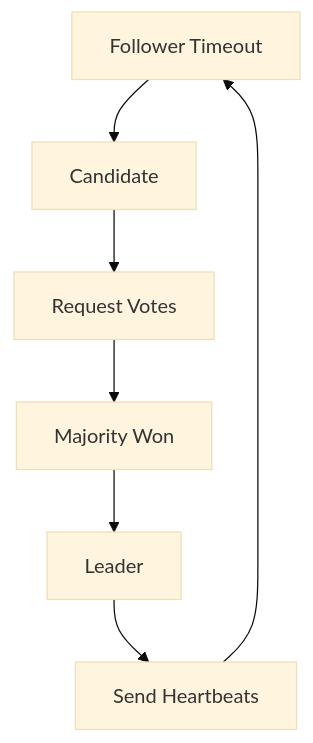
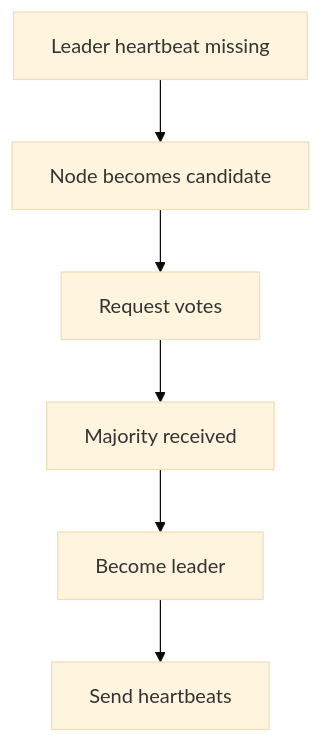
Before and after one commit to mthaiseer/springcloud-systemdesign-notes: diagram 12 of 16 in HLD_NOTES/002_TYPES_OF_INTERVIEWS/000_All_types_quick_reference.md, drawn with Mermaid (base theme). The commit also changed other lines of this file and 1 other file, not shown here.

````diff
--- a/HLD_NOTES/002_TYPES_OF_INTERVIEWS/000_All_types_quick_reference.md
+++ b/HLD_NOTES/002_TYPES_OF_INTERVIEWS/000_All_types_quick_reference.md
@@ -849,9 +1517,14 @@
 ```mermaid
 flowchart TD
-  A[Follower Timeout] --> B[Candidate]
-  B --> C[Request Votes]
-  C --> D[Majority Won]
-  D --> E[Leader]
-  E --> F[Send Heartbeats]
-  F --> A
+  A[Leader heartbeat missing]
+  B[Node becomes candidate]
+  C[Request votes]
+  D[Majority received]
+  E[Become leader]
+  F[Send heartbeats]
+  A --> B
+  B --> C
+  C --> D
+  D --> E
+  E --> F
 ```
````
